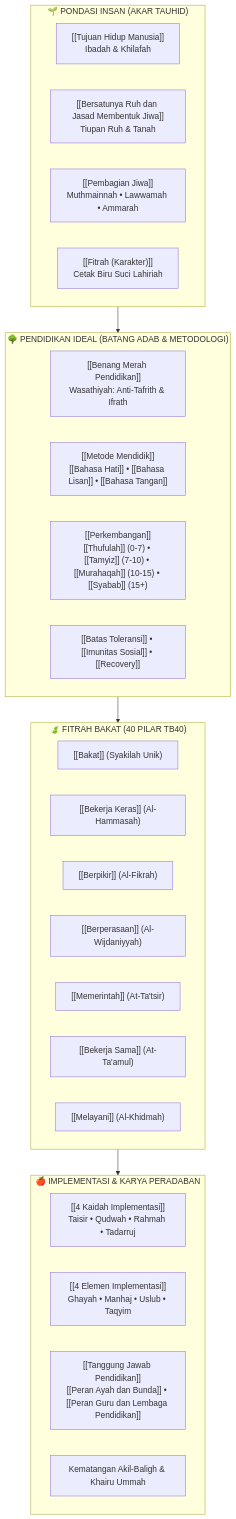
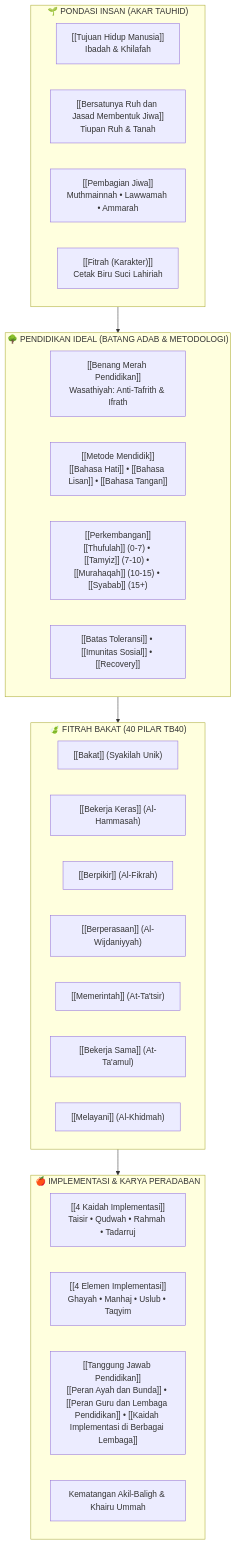
The diagram in content/index.md (decaller/wiki-pkn), drawn with Mermaid before and after one commit. The commit also changed other lines of this file and 42 other files, not shown here.

````diff
--- a/content/index.md
+++ b/content/index.md
@@ -24,37 +24,37 @@
 ```mermaid
 graph TD
     subgraph AKAR["🌱 PONDASI INSAN (AKAR TAUHID)"]
         Tujuan["[[Tujuan Hidup Manusia]]<br/>Ibadah & Khilafah"]
         RuhJasad["[[Bersatunya Ruh dan Jasad Membentuk Jiwa]]<br/>Tiupan Ruh & Tanah"]
         Trilogi["[[Pembagian Jiwa]]<br/>Muthmainnah • Lawwamah • Ammarah"]
         Fitrah["[[Fitrah (Karakter)]]<br/>Cetak Biru Suci Lahiriah"]
     end
 
     subgraph BATANG["🌳 PENDIDIKAN IDEAL (BATANG ADAB & METODOLOGI)"]
         Benang["[[Benang Merah Pendidikan]]<br/>Wasathiyah: Anti-Tafrith & Ifrath"]
         TigaBahasa["[[Metode Mendidik]]<br/>[[Bahasa Hati]] • [[Bahasa Lisan]] • [[Bahasa Tangan]]"]
         Fase["[[Perkembangan]]<br/>[[Thufulah]] (0-7) • [[Tamyiz]] (7-10) • [[Murahaqah]] (10-15) • [[Syabab]] (15+)"]
         Proteksi["[[Batas Toleransi]] • [[Imunitas Sosial]] • [[Recovery]]"]
     end
 
     subgraph RANTING["🍃 FITRAH BAKAT (40 PILAR TB40)"]
         BakatUmum["[[Bakat]] (Syakilah Unik)"]
         Sub1["[[Bekerja Keras]] (Al-Hammasah)"]
         Sub2["[[Berpikir]] (Al-Fikrah)"]
         Sub3["[[Berperasaan]] (Al-Wijdaniyyah)"]
         Sub4["[[Memerintah]] (At-Ta'tsir)"]
         Sub5["[[Bekerja Sama]] (At-Ta'amul)"]
         Sub6["[[Melayani]] (Al-Khidmah)"]
     end
 
     subgraph BUAH["🍎 IMPLEMENTASI & KARYA PERADABAN"]
         Kaidah["[[4 Kaidah Implementasi]]<br/>Taisir • Qudwah • Rahmah • Tadarruj"]
         Elemen["[[4 Elemen Implementasi]]<br/>Ghayah • Manhaj • Uslub • Taqyim"]
-        Sinergi["[[Tanggung Jawab Pendidikan]]<br/>[[Peran Ayah dan Bunda]] • [[Peran Guru dan Lembaga Pendidikan]]"]
+        Sinergi["[[Tanggung Jawab Pendidikan]]<br/>[[Peran Ayah dan Bunda]] • [[Peran Guru dan Lembaga Pendidikan]] • [[Kaidah Implementasi di Berbagai Lembaga]]"]
         Output["Kematangan Akil-Baligh & Khairu Ummah"]
     end
 
     AKAR --> BATANG
     BATANG --> RANTING
     RANTING --> BUAH
 ```
````
